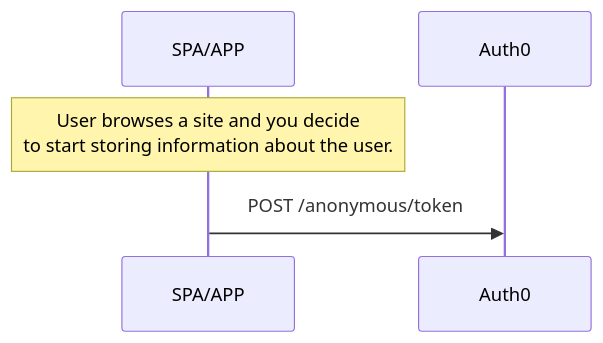
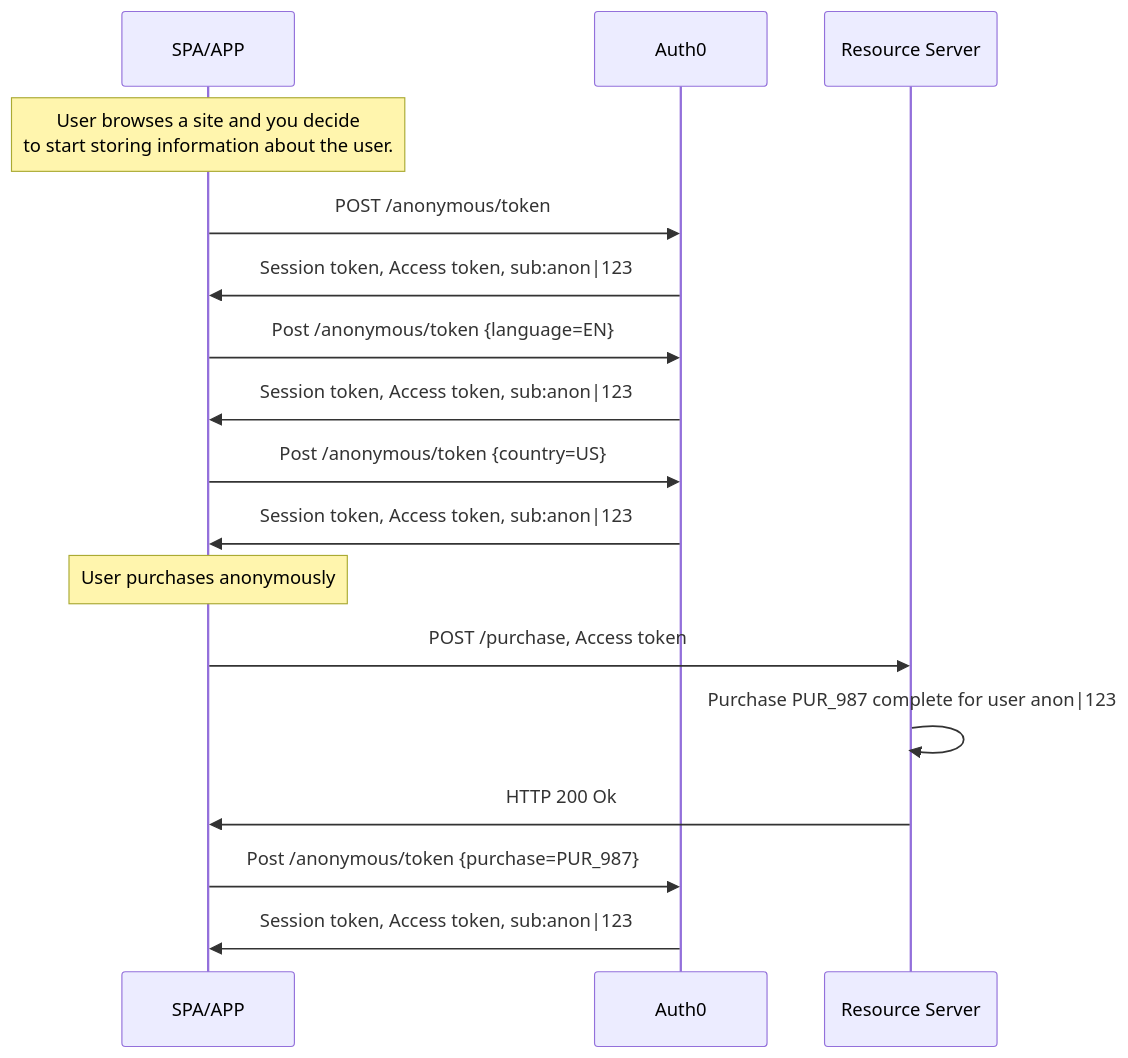
Before and after one commit to auth0/docs-v2: the diagram in main/docs/manage-users/sessions/anonymous-sessions.mdx, drawn with Mermaid.

````diff
--- a/main/docs/manage-users/sessions/anonymous-sessions.mdx
+++ b/main/docs/manage-users/sessions/anonymous-sessions.mdx
@@ -17,7 +17,19 @@
 ```mermaid actions={false}
 sequenceDiagram
   participant SPA/APP
   participant Auth0
+  participant Resource Server
   note over SPA/APP: User browses a site and you decide<br/> to start storing information about the user.
   SPA/APP ->> Auth0: POST /anonymous/token
+  Auth0 ->> SPA/APP: Session token, Access token, sub:anon|123
+  SPA/APP ->>  Auth0: Post /anonymous/token {language=EN}
+  Auth0 ->>  SPA/APP: Session token, Access token, sub:anon|123
+  SPA/APP ->> Auth0: Post /anonymous/token {country=US}
+  Auth0 ->>  SPA/APP: Session token, Access token, sub:anon|123
+  note over SPA/APP: User purchases anonymously
+  SPA/APP ->> Resource Server: POST /purchase, Access token
+  Resource Server ->>  Resource Server: Purchase PUR_987 complete for user anon|123
+  Resource Server ->> SPA/APP: HTTP 200 Ok
+  SPA/APP ->> Auth0: Post /anonymous/token {purchase=PUR_987}
+  Auth0 ->>  SPA/APP: Session token, Access token, sub:anon|123
 ```
````
